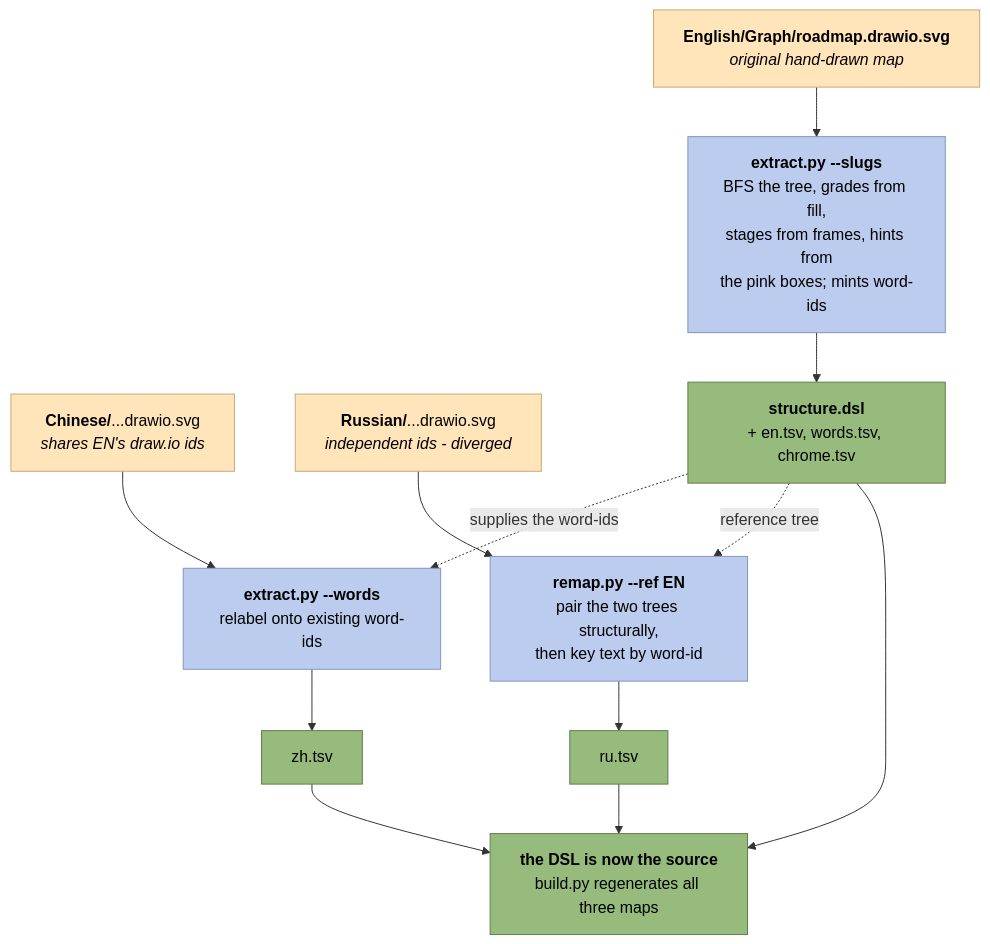
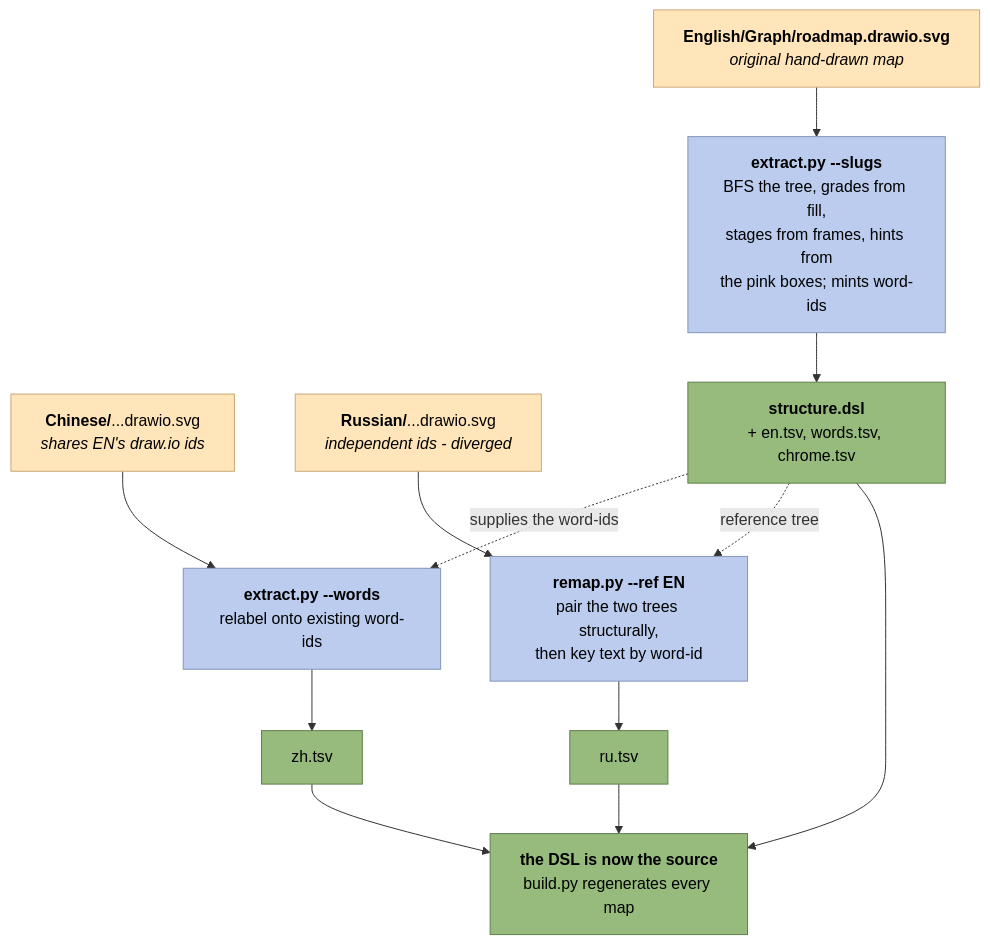
Before and after one commit to salmer/CppDeveloperRoadmap: the diagram in tools/mapgen/bootstrap/README.md, drawn with Mermaid. The commit also changed 24 other files, not shown here.

````diff
--- a/tools/mapgen/bootstrap/README.md
+++ b/tools/mapgen/bootstrap/README.md
@@ -20,31 +20,31 @@
 ```mermaid
 flowchart TD
     ENMAP["<b>English/Graph/roadmap.drawio.svg</b><br/><i>original hand-drawn map</i>"]
     ZHMAP["<b>Chinese/</b>...drawio.svg<br/><i>shares EN's draw.io ids</i>"]
     RUMAP["<b>Russian/</b>...drawio.svg<br/><i>independent ids - diverged</i>"]
 
     EX["<b>extract.py --slugs</b><br/>BFS the tree, grades from fill,<br/>stages from frames, hints from<br/>the pink boxes; mints word-ids"]
     EX2["<b>extract.py --words</b><br/>relabel onto existing word-ids"]
     RM["<b>remap.py --ref EN</b><br/>pair the two trees structurally,<br/>then key text by word-id"]
 
     DSL["<b>structure.dsl</b><br/>+ en.tsv, words.tsv, chrome.tsv"]
     ZHT["zh.tsv"]
     RUT["ru.tsv"]
-    BUILD["<b>the DSL is now the source</b><br/>build.py regenerates all three maps"]
+    BUILD["<b>the DSL is now the source</b><br/>build.py regenerates every map"]
 
     ENMAP --> EX --> DSL
     ZHMAP --> EX2 --> ZHT
     RUMAP --> RM --> RUT
     DSL -. "supplies the word-ids" .-> EX2
     DSL -. "reference tree" .-> RM
     DSL --> BUILD
     ZHT --> BUILD
     RUT --> BUILD
 
     classDef map fill:#FFE5B9,stroke:#c8a878,color:#000
     classDef tool fill:#BBCCEE,stroke:#8296bb,color:#000
     classDef out fill:#96BB7C,stroke:#5f7d4b,color:#000
     class ENMAP,ZHMAP,RUMAP map
     class EX,EX2,RM tool
     class DSL,ZHT,RUT,BUILD out
 ```
````
